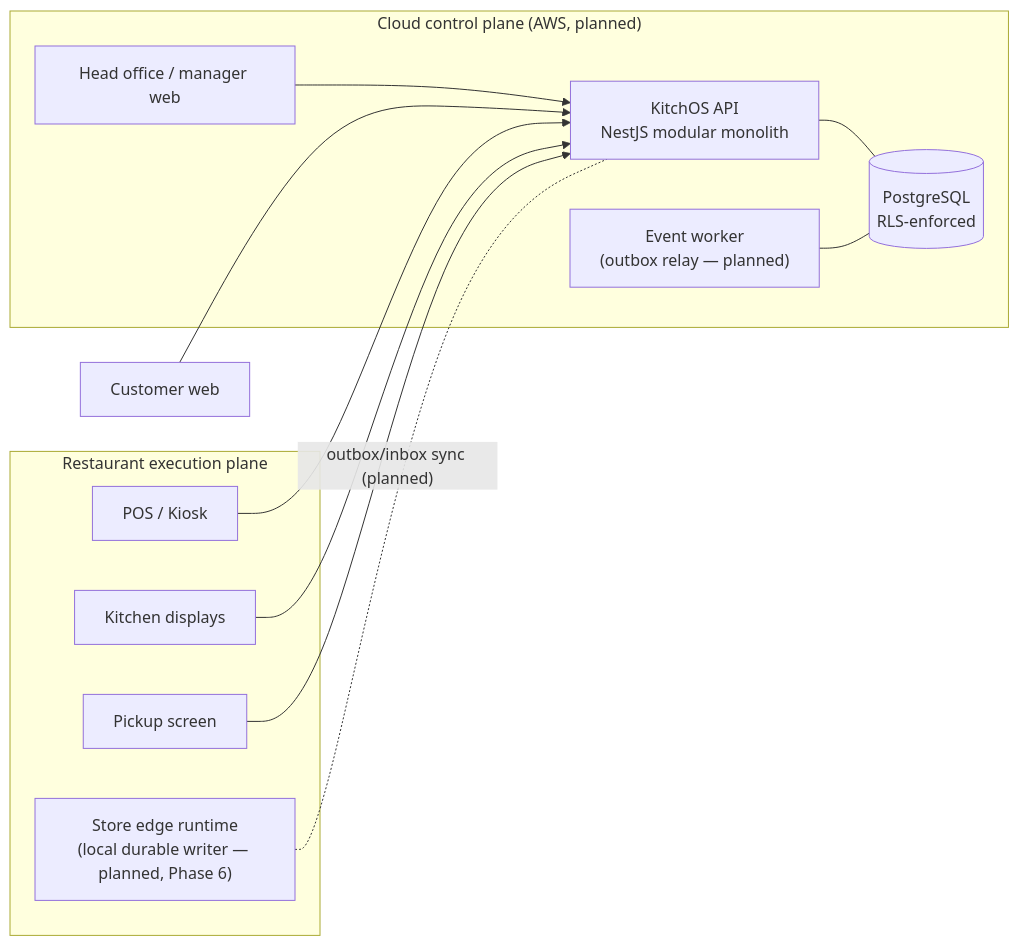
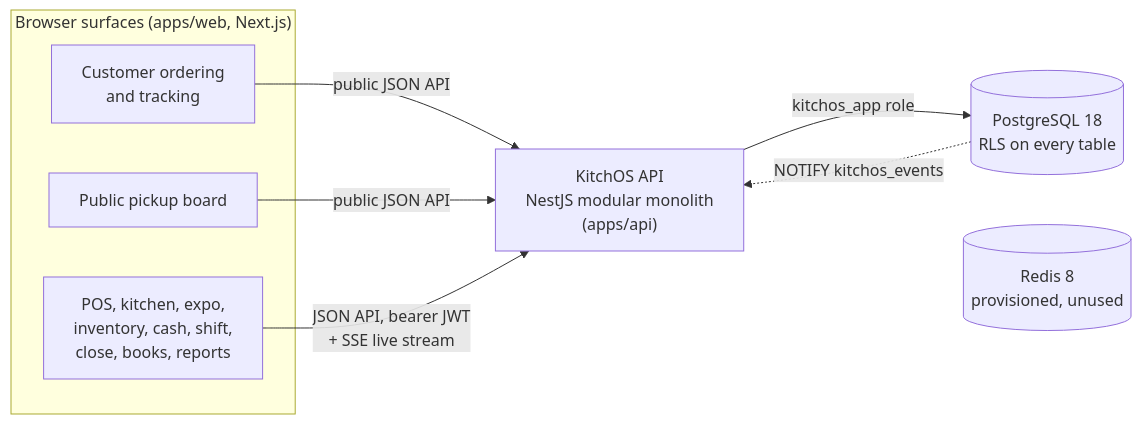
The first of 5 diagrams in docs/architecture/overview.md (ijfabi/kitchos), drawn with Mermaid before and after one commit. The commit also changed other lines of this file and 51 other files, not shown here.

````diff
--- a/docs/architecture/overview.md
+++ b/docs/architecture/overview.md
@@ -9,23 +8,17 @@
 ```mermaid
 flowchart LR
-  subgraph Cloud["Cloud control plane (AWS, planned)"]
-    API["KitchOS API<br/>NestJS modular monolith"]
-    PG[("PostgreSQL<br/>RLS-enforced")]
-    W["Event worker<br/>(outbox relay — planned)"]
-    HO["Head office / manager web"]
-    API --- PG
-    W --- PG
-    HO --> API
+  subgraph Clients["Browser surfaces (apps/web, Next.js)"]
+    CUST["Customer ordering<br/>and tracking"]
+    STAFF["POS, kitchen, expo,<br/>inventory, cash, shift,<br/>close, books, reports"]
+    PICK["Public pickup board"]
   end
-  subgraph Store["Restaurant execution plane"]
-    POS["POS / Kiosk"]
-    KDS["Kitchen displays"]
-    PU["Pickup screen"]
-    EDGE["Store edge runtime<br/>(local durable writer — planned, Phase 6)"]
-  end
-  Customer["Customer web"] --> API
-  POS --> API
-  KDS --> API
-  PU --> API
-  EDGE -. "outbox/inbox sync (planned)" .- API
+  API["KitchOS API<br/>NestJS modular monolith<br/>(apps/api)"]
+  PG[("PostgreSQL 18<br/>RLS on every table")]
+  REDIS[("Redis 8<br/>provisioned, unused")]
+  CUST -- "public JSON API" --> API
+  PICK -- "public JSON API" --> API
+  STAFF -- "JSON API, bearer JWT<br/>+ SSE live stream" --> API
+  API -- "kitchos_app role" --> PG
+  PG -. "NOTIFY kitchos_events" .-> API
+  API ~~~ REDIS
 ```
````
